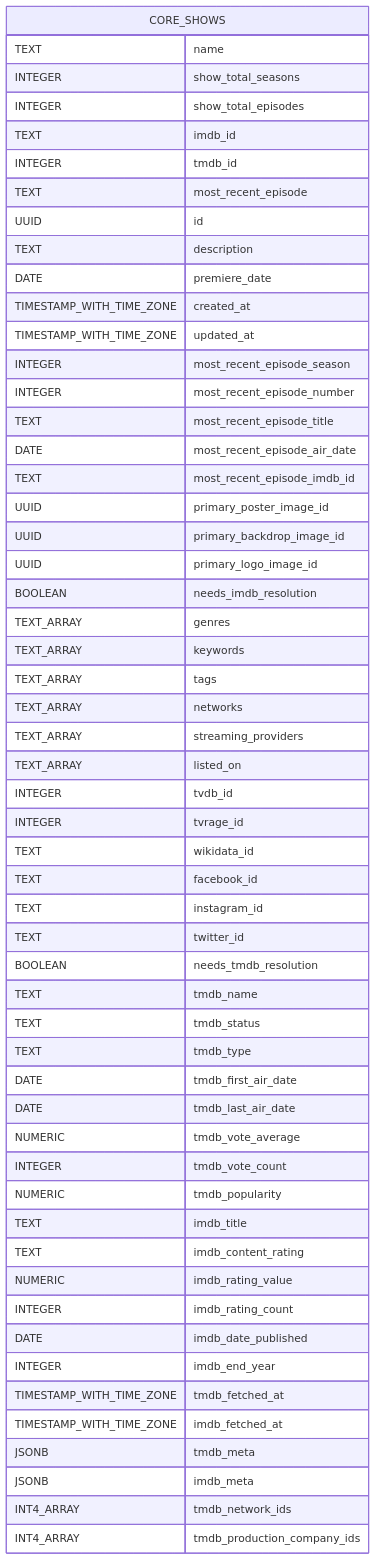
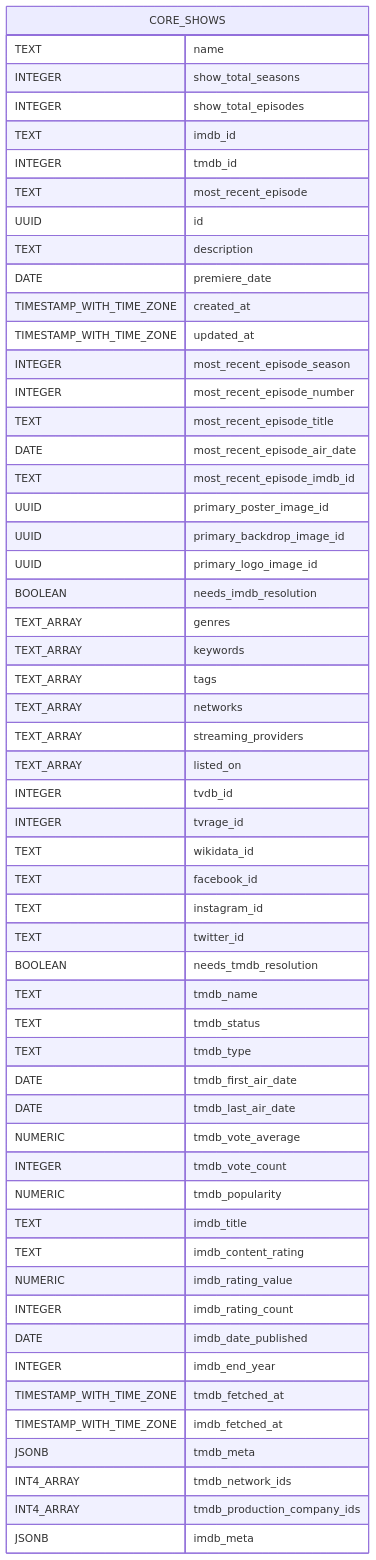
Before and after one commit to therealityreport/trr-backend: the diagram in supabase/schema_docs/diagrams/core.shows.mermaid.md, drawn with Mermaid. The commit also changed other lines of this file and 12 other files, not shown here.

Commit message:
docs: update schema docs

````diff
--- a/supabase/schema_docs/diagrams/core.shows.mermaid.md
+++ b/supabase/schema_docs/diagrams/core.shows.mermaid.md
@@ -4,58 +4,58 @@
 ```mermaid
 erDiagram
     CORE_SHOWS {
         TEXT name
         INTEGER show_total_seasons
         INTEGER show_total_episodes
         TEXT imdb_id
         INTEGER tmdb_id
         TEXT most_recent_episode
         UUID id
         TEXT description
         DATE premiere_date
         TIMESTAMP_WITH_TIME_ZONE created_at
         TIMESTAMP_WITH_TIME_ZONE updated_at
         INTEGER most_recent_episode_season
         INTEGER most_recent_episode_number
         TEXT most_recent_episode_title
         DATE most_recent_episode_air_date
         TEXT most_recent_episode_imdb_id
         UUID primary_poster_image_id
         UUID primary_backdrop_image_id
         UUID primary_logo_image_id
         BOOLEAN needs_imdb_resolution
         TEXT_ARRAY genres
         TEXT_ARRAY keywords
         TEXT_ARRAY tags
         TEXT_ARRAY networks
         TEXT_ARRAY streaming_providers
         TEXT_ARRAY listed_on
         INTEGER tvdb_id
         INTEGER tvrage_id
         TEXT wikidata_id
         TEXT facebook_id
         TEXT instagram_id
         TEXT twitter_id
         BOOLEAN needs_tmdb_resolution
         TEXT tmdb_name
         TEXT tmdb_status
         TEXT tmdb_type
         DATE tmdb_first_air_date
         DATE tmdb_last_air_date
         NUMERIC tmdb_vote_average
         INTEGER tmdb_vote_count
         NUMERIC tmdb_popularity
         TEXT imdb_title
         TEXT imdb_content_rating
         NUMERIC imdb_rating_value
         INTEGER imdb_rating_count
         DATE imdb_date_published
         INTEGER imdb_end_year
         TIMESTAMP_WITH_TIME_ZONE tmdb_fetched_at
         TIMESTAMP_WITH_TIME_ZONE imdb_fetched_at
         JSONB tmdb_meta
-        JSONB imdb_meta
         INT4_ARRAY tmdb_network_ids
         INT4_ARRAY tmdb_production_company_ids
+        JSONB imdb_meta
     }
 ```
````
